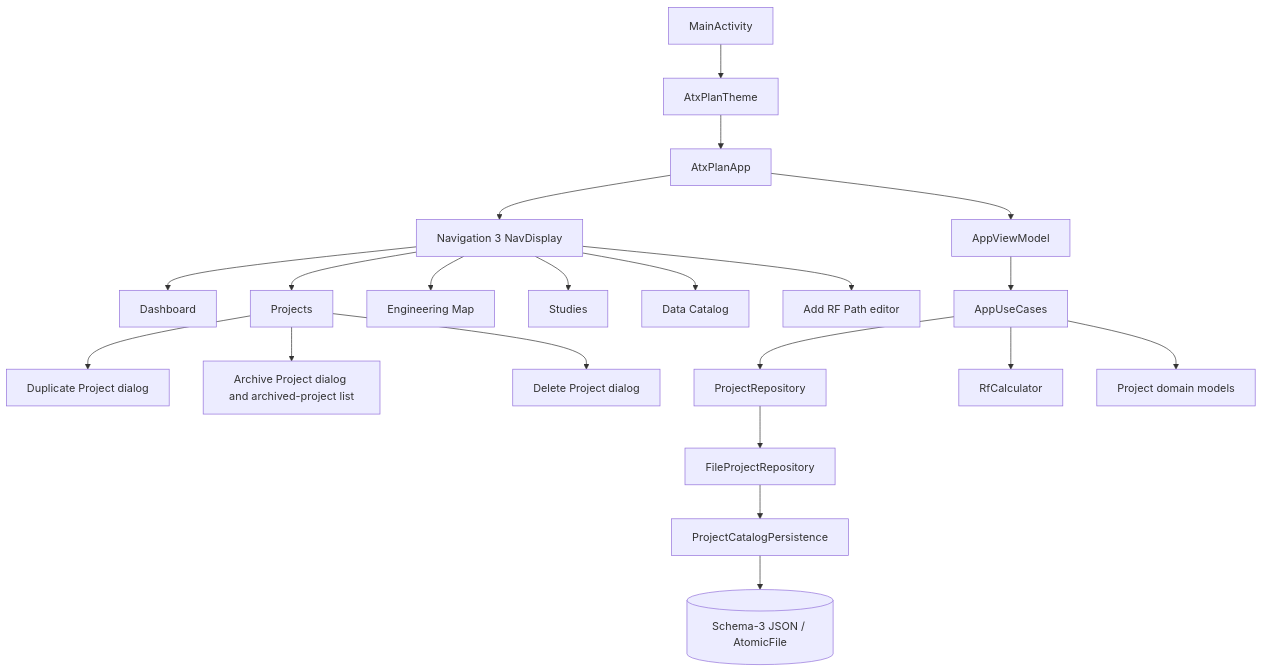
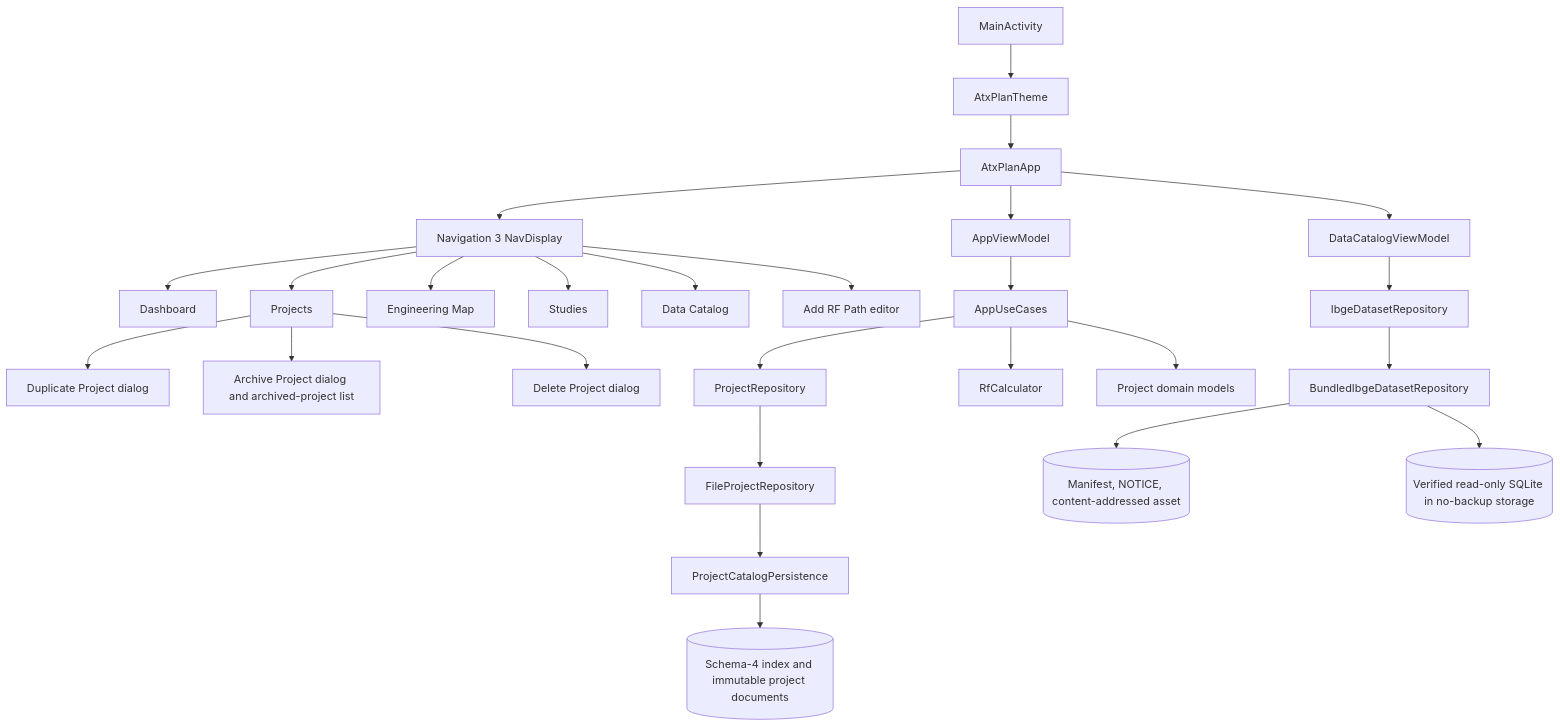
One commit to Gecesars/ATX_PLA_APK changed the first of 4 diagrams in docs/ARCHITECTURE.md. Above: the diagram before and after it, drawn with Mermaid. The commit also changed other lines of this file and 51 other files, not shown here.

Commit message:
feat: add persistent RF planning and offline IBGE catalog

````diff
--- a/docs/ARCHITECTURE.md
+++ b/docs/ARCHITECTURE.md
@@ -25,23 +25,28 @@
 ```mermaid
 flowchart TD
     ACT[MainActivity] --> THEME[AtxPlanTheme]
     THEME --> APP[AtxPlanApp]
     APP --> VM[AppViewModel]
+    APP --> DVM[DataCatalogViewModel]
     APP --> NAV[Navigation 3 NavDisplay]
     NAV --> DASH[Dashboard]
     NAV --> PROJECTS[Projects]
     NAV --> MAP[Engineering Map]
     NAV --> STUDIES[Studies]
     NAV --> CATALOG[Data Catalog]
     NAV --> EDITOR[Add RF Path editor]
     PROJECTS --> DUPLICATE[Duplicate Project dialog]
     PROJECTS --> ARCHIVE[Archive Project dialog and archived-project list]
     PROJECTS --> DELETE[Delete Project dialog]
     VM --> USE[AppUseCases]
     USE --> PORT[ProjectRepository]
     USE --> RF[RfCalculator]
     USE --> DOMAIN[Project domain models]
     PORT --> FILE[FileProjectRepository]
     FILE --> PERSIST[ProjectCatalogPersistence]
-    PERSIST --> JSON[(Schema-3 JSON / AtomicFile)]
+    PERSIST --> JSON[(Schema-4 index and immutable project documents)]
+    DVM --> IPORT[IbgeDatasetRepository]
+    IPORT --> IREPO[BundledIbgeDatasetRepository]
+    IREPO --> IASSET[(Manifest, NOTICE, content-addressed asset)]
+    IREPO --> IDB[(Verified read-only SQLite in no-backup storage)]
 ```
````
